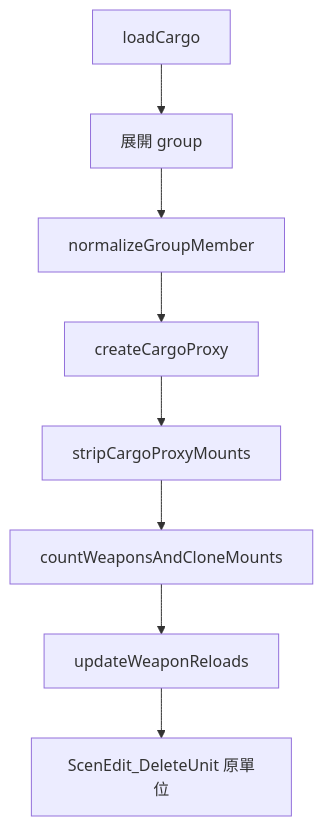
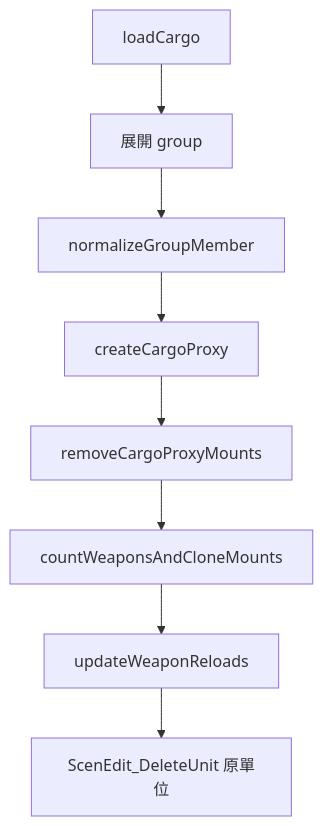
One commit to pullupjumper/formosa-in-flames changed the diagram in docs/missileSystem/cargoProxy.md. Above: the diagram before and after it, drawn with Mermaid. The commit also changed other lines of this file and 41 other files, not shown here.

````diff
--- a/docs/missileSystem/cargoProxy.md
+++ b/docs/missileSystem/cargoProxy.md
@@ -34,10 +34,10 @@
 ```mermaid
 flowchart TD
     A[loadCargo] --> B[展開 group]
     B --> C[normalizeGroupMember]
     C --> D[createCargoProxy]
-    D --> E[stripCargoProxyMounts]
+    D --> E[removeCargoProxyMounts]
     E --> F[countWeaponsAndCloneMounts]
     F --> G[updateWeaponReloads]
     G --> H[ScenEdit_DeleteUnit 原單位]
 ```
````
